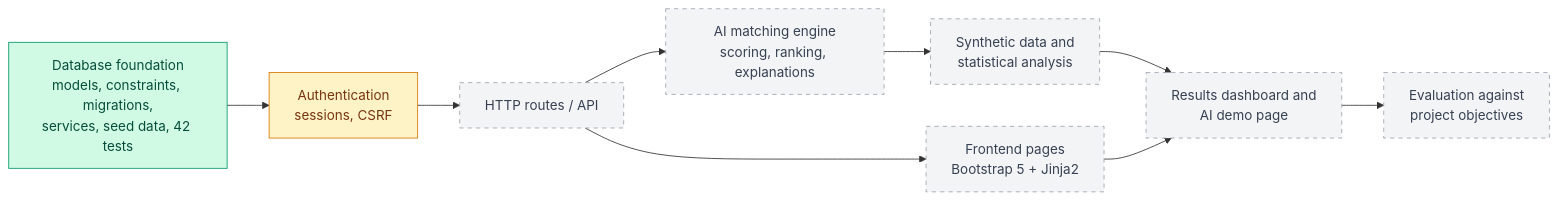
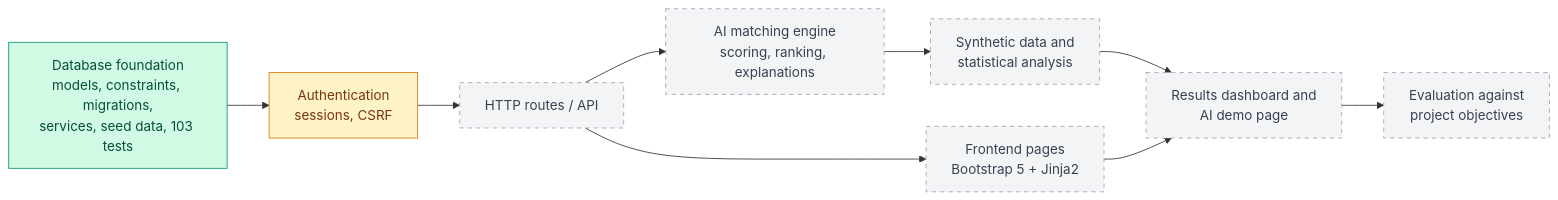
Before and after one commit to elnoon2/wnesny: the diagram in docs/roadmap.md, drawn with Mermaid. The commit also changed 27 other files, not shown here.

````diff
--- a/docs/roadmap.md
+++ b/docs/roadmap.md
@@ -5,20 +5,20 @@
 ```mermaid
 flowchart LR
-    A["Database foundation<br/>models, constraints, migrations,<br/>services, seed data, 42 tests"]:::done
+    A["Database foundation<br/>models, constraints, migrations,<br/>services, seed data, 103 tests"]:::done
     B["Authentication<br/>sessions, CSRF"]:::next
     C["HTTP routes / API"]:::planned
     D["Frontend pages<br/>Bootstrap 5 + Jinja2"]:::planned
     E["AI matching engine<br/>scoring, ranking, explanations"]:::planned
     F["Synthetic data and<br/>statistical analysis"]:::planned
     G["Results dashboard and<br/>AI demo page"]:::planned
     H["Evaluation against<br/>project objectives"]:::planned
 
     A --> B --> C --> D
     C --> E
     E --> F --> G --> H
     D --> G
 
     classDef done fill:#d1fae5,stroke:#059669,color:#064e3b;
     classDef next fill:#fef3c7,stroke:#d97706,color:#78350f;
     classDef planned fill:#f3f4f6,stroke:#9ca3af,color:#374151,stroke-dasharray: 5 5;
 ```
````
